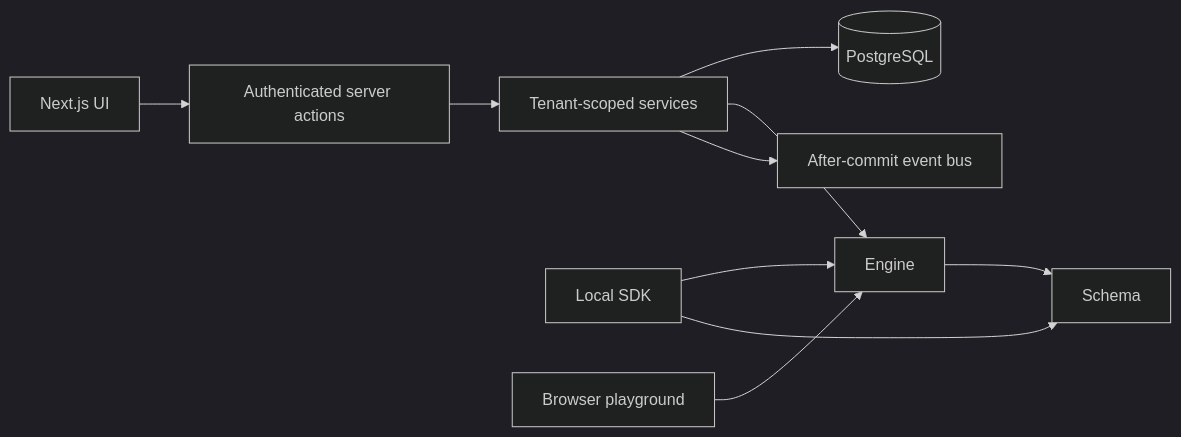
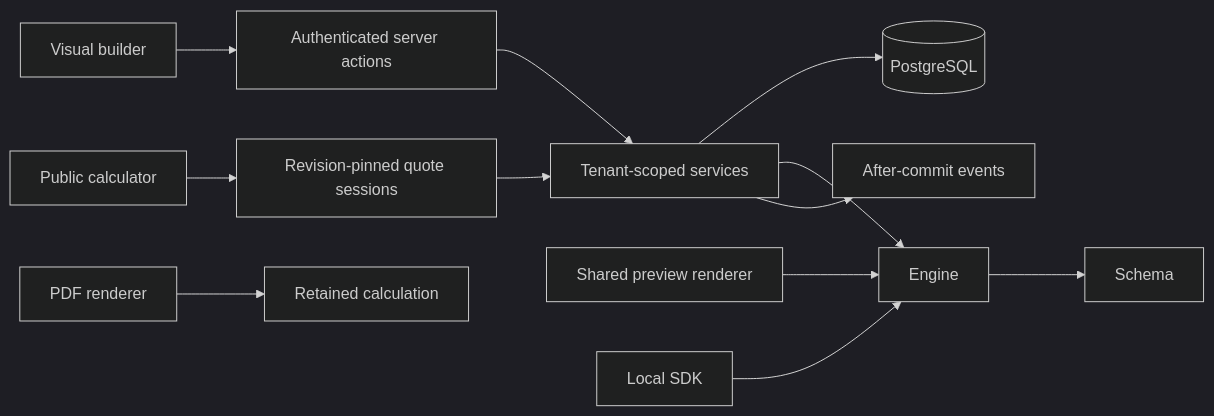
Before and after one commit to ReVG08/OpenQuoteStack: the diagram in docs/architecture/overview.md, drawn with Mermaid (dark theme). The commit also changed other lines of this file and 12 other files, not shown here.

````diff
--- a/docs/architecture/overview.md
+++ b/docs/architecture/overview.md
@@ -7,12 +7,14 @@
 ```mermaid
 flowchart LR
-  UI[Next.js UI] --> Actions[Authenticated server actions]
+  Builder[Visual builder] --> Actions[Authenticated server actions]
   Actions --> Services[Tenant-scoped services]
+  Public[Public calculator] --> Sessions[Revision-pinned quote sessions]
+  Sessions --> Services
   Services --> DB[(PostgreSQL)]
   Services --> Engine[Engine]
   Engine --> Schema[Schema]
-  Services --> Events[After-commit event bus]
+  Services --> Events[After-commit events]
+  Preview[Shared preview renderer] --> Engine
   SDK[Local SDK] --> Engine
-  SDK --> Schema
-  Demo[Browser playground] --> Engine
+  PDF[PDF renderer] --> Retained[Retained calculation]
 ```
````
